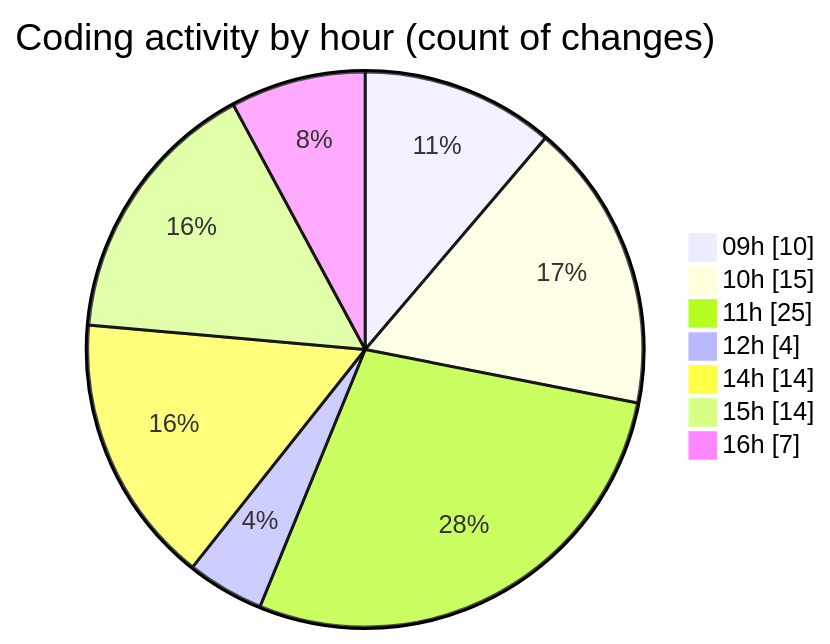
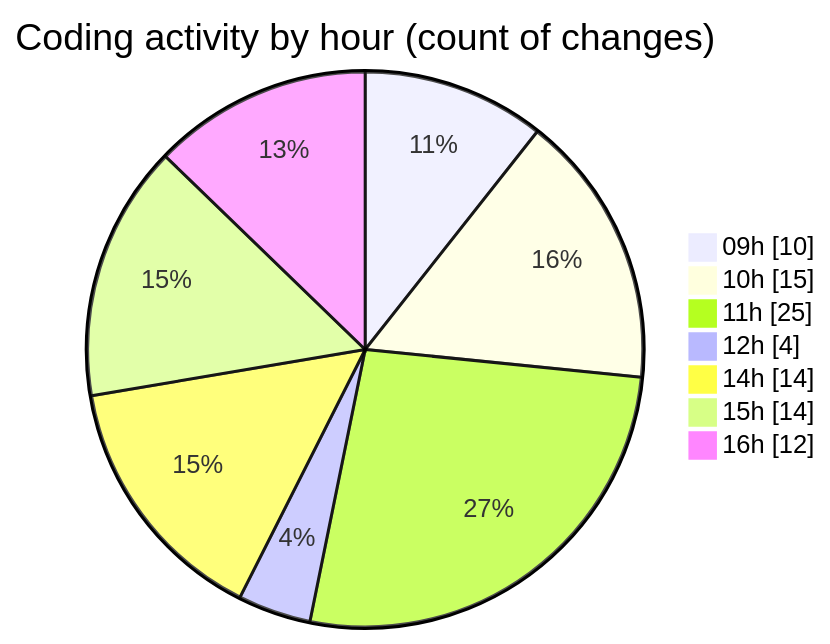
One commit to MatusMokan/code-tracking changed the second of 2 diagrams in 2025-03-21/myws__workspace_/README.md. Above: the diagram before and after it, drawn with Mermaid. The commit also changed other lines of this file and 1 other file, not shown here.

````diff
--- a/2025-03-21/myws__workspace_/README.md
+++ b/2025-03-21/myws__workspace_/README.md
@@ -35,11 +35,11 @@
 ```mermaid
 pie showData
 title Coding activity by hour (count of changes)
 "09h" : 10
 "10h" : 15
 "11h" : 25
 "12h" : 4
 "14h" : 14
 "15h" : 14
-"16h" : 7
+"16h" : 12
 ```
````
